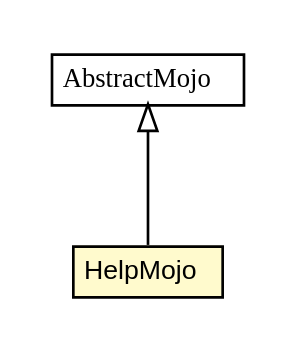
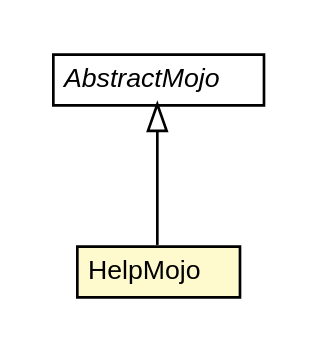
Before and after one commit to trajano/jetng: the diagram in jetng-maven-plugin/apidocs/net/trajano/mojo/jetng/HelpMojo.dot, drawn with Graphviz. The commit also changed 74 other files, not shown here.

```diff
--- a/jetng-maven-plugin/apidocs/net/trajano/mojo/jetng/HelpMojo.dot
+++ b/jetng-maven-plugin/apidocs/net/trajano/mojo/jetng/HelpMojo.dot
@@ -1,26 +1,26 @@
 #!/usr/local/bin/dot
 #
 # Class diagram 
 # Generated by UMLGraph version R5_6-24-gf6e263 (http://www.umlgraph.org/)
 #
 
 digraph G {
-	edge [fontname="arial",fontsize=10,labelfontname="arial",labelfontsize=10];
-	node [fontname="arial",fontsize=10,shape=plaintext];
+	edge [fontname="Helvetica",fontsize=10,labelfontname="Helvetica",labelfontsize=10];
+	node [fontname="Helvetica",fontsize=10,shape=plaintext];
 	nodesep=0.25;
 	ranksep=0.5;
 	// net.trajano.mojo.jetng.HelpMojo
 	c10 [label=<<table title="net.trajano.mojo.jetng.HelpMojo" border="0" cellborder="1" cellspacing="0" cellpadding="2" port="p" bgcolor="lemonChiffon" href="./HelpMojo.html">
 		<tr><td><table border="0" cellspacing="0" cellpadding="1">
 <tr><td align="center" balign="center"> HelpMojo </td></tr>
 		</table></td></tr>
-		</table>>, URL="./HelpMojo.html", fontname="arial", fontcolor="black", fontsize=10.0];
+		</table>>, URL="./HelpMojo.html", fontname="Helvetica", fontcolor="black", fontsize=10.0];
 	//net.trajano.mojo.jetng.HelpMojo extends org.apache.maven.plugin.AbstractMojo
 	c12:p -> c10:p [dir=back,arrowtail=empty];
 	// org.apache.maven.plugin.AbstractMojo
 	c12 [label=<<table title="org.apache.maven.plugin.AbstractMojo" border="0" cellborder="1" cellspacing="0" cellpadding="2" port="p" href="http://java.sun.com/j2se/1.4.2/docs/api/org/apache/maven/plugin/AbstractMojo.html">
 		<tr><td><table border="0" cellspacing="0" cellpadding="1">
-<tr><td align="center" balign="center"><font face="arial italic"> AbstractMojo </font></td></tr>
+<tr><td align="center" balign="center"><font face="Helvetica-Oblique"> AbstractMojo </font></td></tr>
 		</table></td></tr>
-		</table>>, URL="http://java.sun.com/j2se/1.4.2/docs/api/org/apache/maven/plugin/AbstractMojo.html", fontname="arial", fontcolor="black", fontsize=10.0];
+		</table>>, URL="http://java.sun.com/j2se/1.4.2/docs/api/org/apache/maven/plugin/AbstractMojo.html", fontname="Helvetica", fontcolor="black", fontsize=10.0];
 }
```
